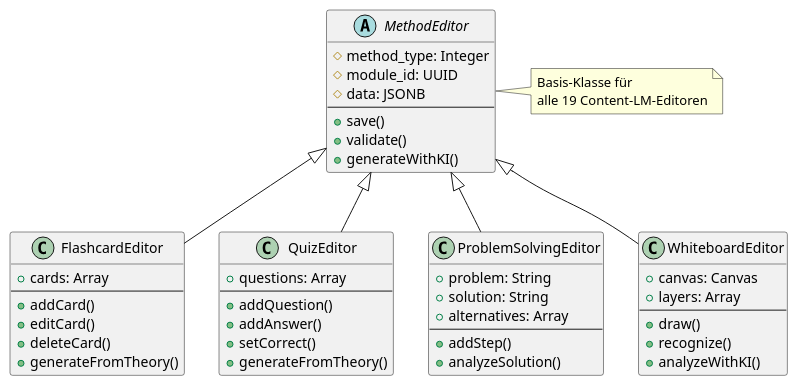
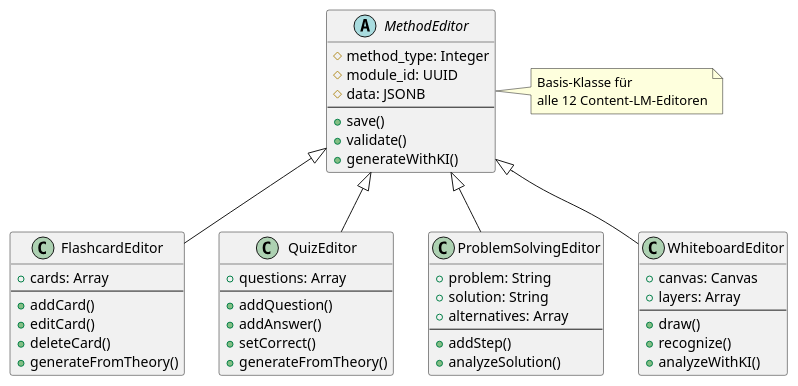
Before and after one commit to flokflok1/lernseite: the ninth of 22 diagrams in LernsystemX-Doku/03_Features/04_Editor-System.md, drawn with PlantUML. The commit also changed other lines of this file and 1490 other files, not shown here.

````diff
--- a/LernsystemX-Doku/03_Features/04_Editor-System.md
+++ b/LernsystemX-Doku/03_Features/04_Editor-System.md
@@ -450,59 +450,59 @@
 ```plantuml
 @startuml
 abstract class MethodEditor {
   #method_type: Integer
   #module_id: UUID
   #data: JSONB
   --
   +save()
   +validate()
   +generateWithKI()
 }
 
 class FlashcardEditor {
   +cards: Array
   --
   +addCard()
   +editCard()
   +deleteCard()
   +generateFromTheory()
 }
 
 class QuizEditor {
   +questions: Array
   --
   +addQuestion()
   +addAnswer()
   +setCorrect()
   +generateFromTheory()
 }
 
 class ProblemSolvingEditor {
   +problem: String
   +solution: String
   +alternatives: Array
   --
   +addStep()
   +analyzeSolution()
 }
 
 class WhiteboardEditor {
   +canvas: Canvas
   +layers: Array
   --
   +draw()
   +recognize()
   +analyzeWithKI()
 }
 
 MethodEditor <|-- FlashcardEditor
 MethodEditor <|-- QuizEditor
 MethodEditor <|-- ProblemSolvingEditor
 MethodEditor <|-- WhiteboardEditor
 
 note right of MethodEditor
   Basis-Klasse für
-  alle 19 Content-LM-Editoren
+  alle 12 Content-LM-Editoren
 end note
 @enduml
 ```
````
